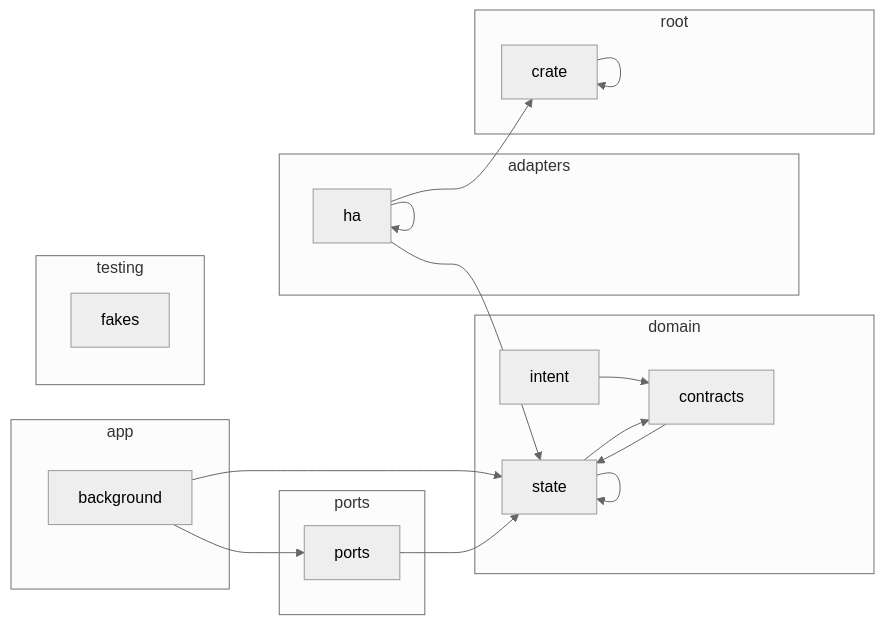
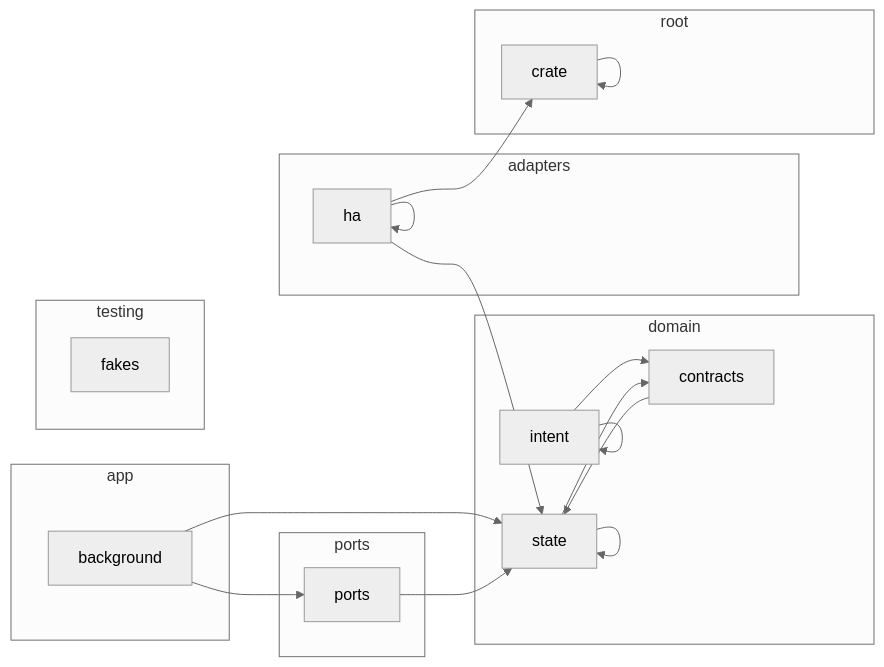
One commit to louislang/ha-jarvis changed the diagram in docs/architecture.md. Above: the diagram before and after it, drawn with Mermaid (neutral theme).

Commit message:
Update the architecture diagram
CI regenerated docs/architecture.md from main.

````diff
--- a/docs/architecture.md
+++ b/docs/architecture.md
@@ -5,34 +5,35 @@
 ```mermaid
 flowchart LR
     subgraph adapters
         crate_adapters_ha[ha]
     end
     subgraph app
         crate_app_background[background]
     end
     subgraph domain
         crate_domain_contracts[contracts]
         crate_domain_intent[intent]
         crate_domain_state[state]
     end
     subgraph ports
         crate_ports[ports]
     end
     subgraph root
         crate[crate]
     end
     subgraph testing
         crate_testing_fakes[fakes]
     end
     crate --> crate
     crate_adapters_ha --> crate
     crate_adapters_ha --> crate_adapters_ha
     crate_adapters_ha --> crate_domain_state
     crate_app_background --> crate_domain_state
     crate_app_background --> crate_ports
     crate_domain_contracts --> crate_domain_state
     crate_domain_intent --> crate_domain_contracts
+    crate_domain_intent --> crate_domain_intent
     crate_domain_state --> crate_domain_contracts
     crate_domain_state --> crate_domain_state
     crate_ports --> crate_domain_state
 ```
````
